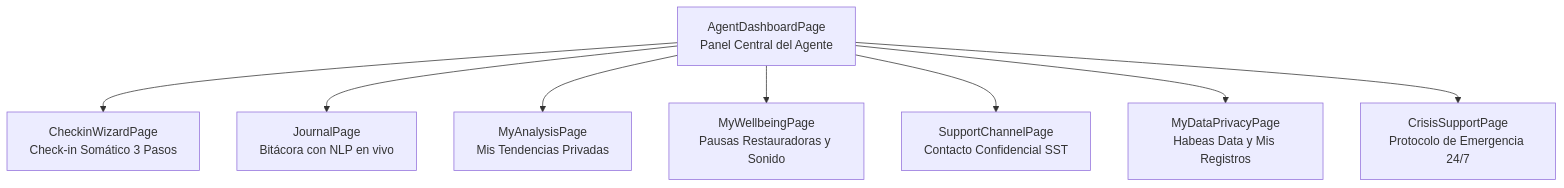
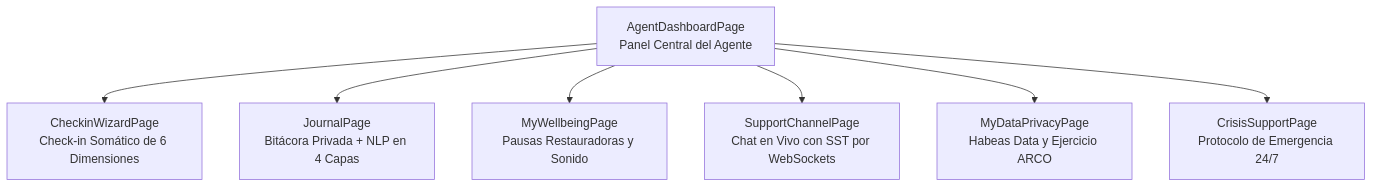
The first of 2 diagrams in docs/libro-pulso360/05_modulo_agente.md (SODI1999/Pulso360), drawn with Mermaid before and after one commit. The commit also changed other lines of this file and 13 other files, not shown here.

Commit message:
docs(libro): actualizar los 13 capitulos del libro tecnico con arquitectura fullstack express postgresql y websockets

````diff
--- a/docs/libro-pulso360/05_modulo_agente.md
+++ b/docs/libro-pulso360/05_modulo_agente.md
@@ -14,10 +14,9 @@
 ```mermaid
 graph TD
-    Dashboard[AgentDashboardPage<br>Panel Central del Agente] --> W[CheckinWizardPage<br>Check-in Somático 3 Pasos]
-    Dashboard --> J[JournalPage<br>Bitácora con NLP en vivo]
-    Dashboard --> A[MyAnalysisPage<br>Mis Tendencias Privadas]
+    Dashboard[AgentDashboardPage<br>Panel Central del Agente] --> W[CheckinWizardPage<br>Check-in Somático de 6 Dimensiones]
+    Dashboard --> J[JournalPage<br>Bitácora Privada + NLP en 4 Capas]
     Dashboard --> B[MyWellbeingPage<br>Pausas Restauradoras y Sonido]
-    Dashboard --> S[SupportChannelPage<br>Contacto Confidencial SST]
-    Dashboard --> P[MyDataPrivacyPage<br>Habeas Data y Mis Registros]
+    Dashboard --> S[SupportChannelPage<br>Chat en Vivo con SST por WebSockets]
+    Dashboard --> P[MyDataPrivacyPage<br>Habeas Data y Ejercicio ARCO]
     Dashboard --> C[CrisisSupportPage<br>Protocolo de Emergencia 24/7]
 ```
````
